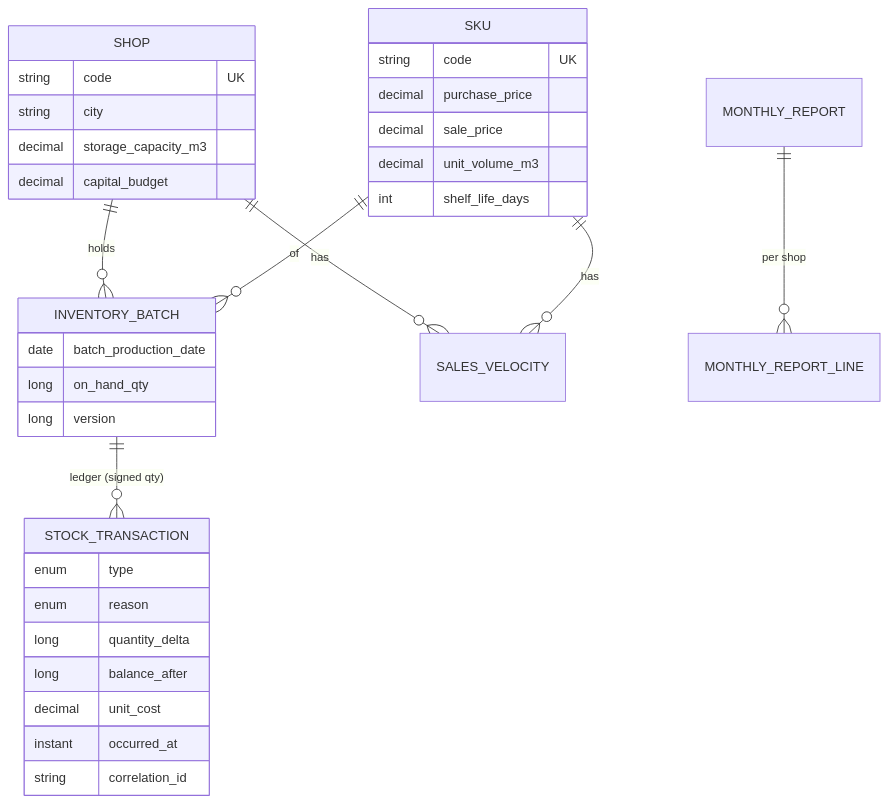
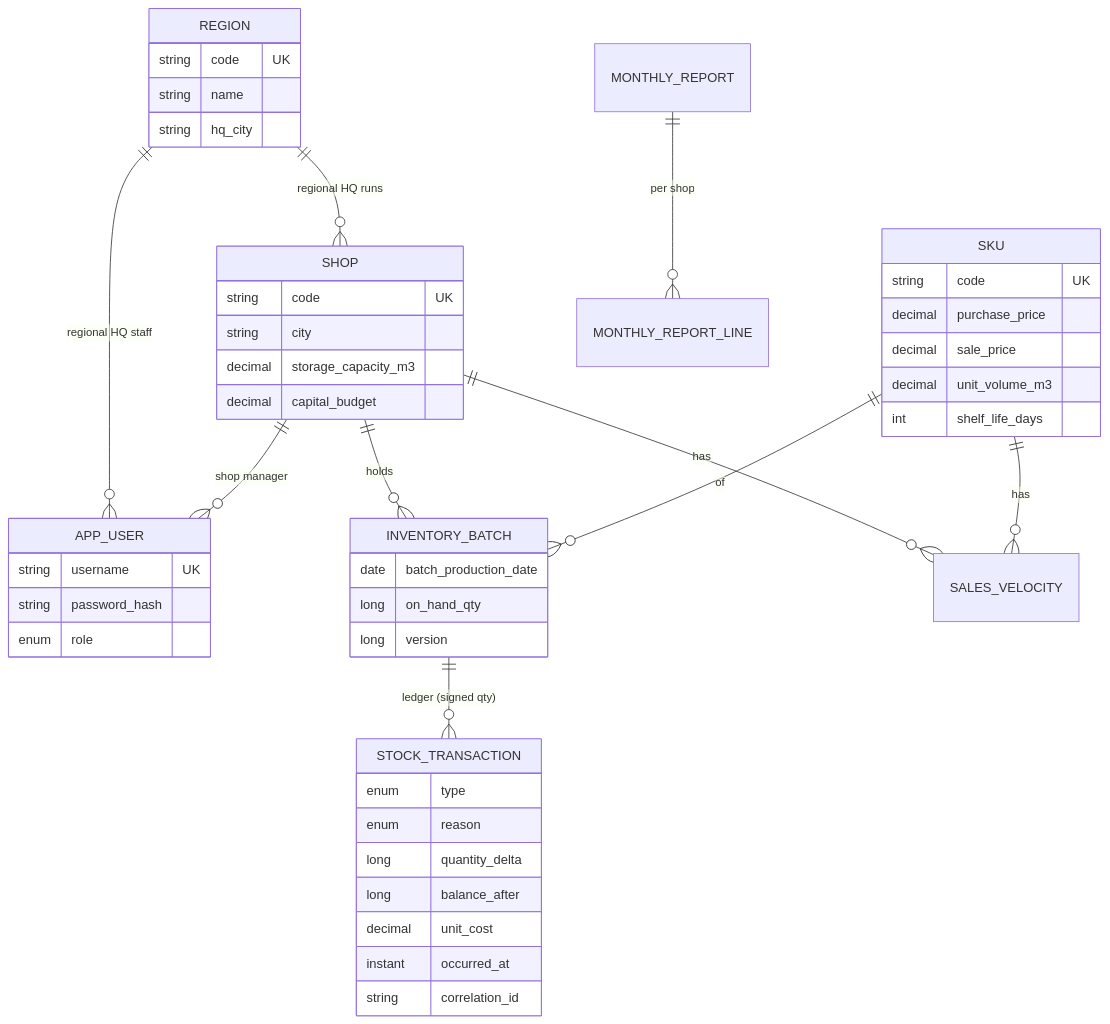
Before and after one commit to devinong8/Test: the second of 2 diagrams in README.md, drawn with Mermaid. The commit also changed other lines of this file and 62 other files, not shown here.

````diff
--- a/README.md
+++ b/README.md
@@ -88,13 +113,18 @@
 ```mermaid
 erDiagram
+  REGION ||--o{ SHOP : "regional HQ runs"
+  REGION ||--o{ APP_USER : "regional HQ staff"
+  SHOP ||--o{ APP_USER : "shop manager"
   SHOP ||--o{ INVENTORY_BATCH : holds
   SKU  ||--o{ INVENTORY_BATCH : "of"
   SHOP ||--o{ SALES_VELOCITY : has
   SKU  ||--o{ SALES_VELOCITY : has
   INVENTORY_BATCH ||--o{ STOCK_TRANSACTION : "ledger (signed qty)"
   MONTHLY_REPORT ||--o{ MONTHLY_REPORT_LINE : "per shop"
+  REGION { string code UK  string name  string hq_city }
+  APP_USER { string username UK  string password_hash  enum role }
   SKU { string code UK  decimal purchase_price  decimal sale_price  decimal unit_volume_m3  int shelf_life_days }
   SHOP { string code UK  string city  decimal storage_capacity_m3  decimal capital_budget }
   INVENTORY_BATCH { date batch_production_date  long on_hand_qty  long version }
   STOCK_TRANSACTION { enum type  enum reason  long quantity_delta  long balance_after  decimal unit_cost  instant occurred_at  string correlation_id }
 ```
````
